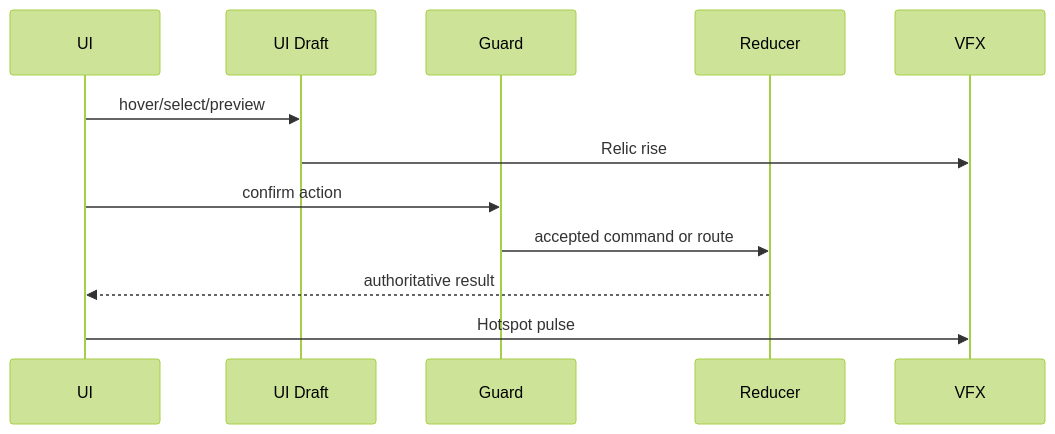
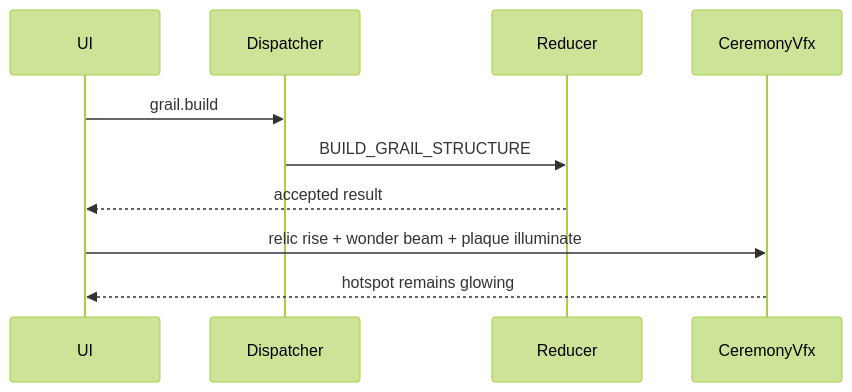
The fourth of 5 diagrams in docs/architecture/wiki/screens/31-grail-building/architecture.md (SunaNoOshiro/Heroes_Reforged_AI_Realms), drawn with Mermaid (forest theme) before and after one commit. The commit also changed other lines of this file and 518 other files, not shown here.

First line of the commit message:
Add doc-audit skill and sweep architecture/screen docs

````diff
--- a/docs/architecture/wiki/screens/31-grail-building/architecture.md
+++ b/docs/architecture/wiki/screens/31-grail-building/architecture.md
@@ -52,14 +52,12 @@
 ```mermaid
 sequenceDiagram
   participant UI
-  participant Draft as UI Draft
-  participant Guard
+  participant Guard as Dispatcher
   participant Reducer
-  participant VFX
-  UI->>Draft: hover/select/preview
-  Draft->>VFX: Relic rise
-  UI->>Guard: confirm action
-  Guard->>Reducer: accepted command or route
-  Reducer-->>UI: authoritative result
-  UI->>VFX: Hotspot pulse
+  participant VFX as CeremonyVfx
+  UI->>Guard: grail.build
+  Guard->>Reducer: BUILD_GRAIL_STRUCTURE
+  Reducer-->>UI: accepted result
+  UI->>VFX: relic rise + wonder beam + plaque illuminate
+  VFX-->>UI: hotspot remains glowing
 ```
````
